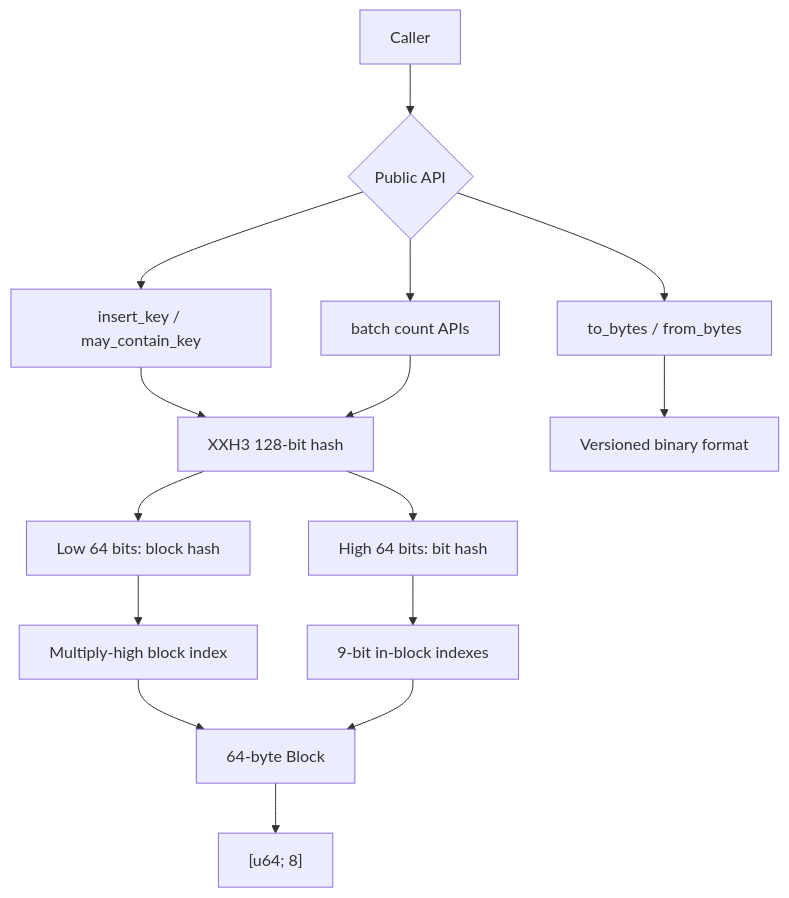
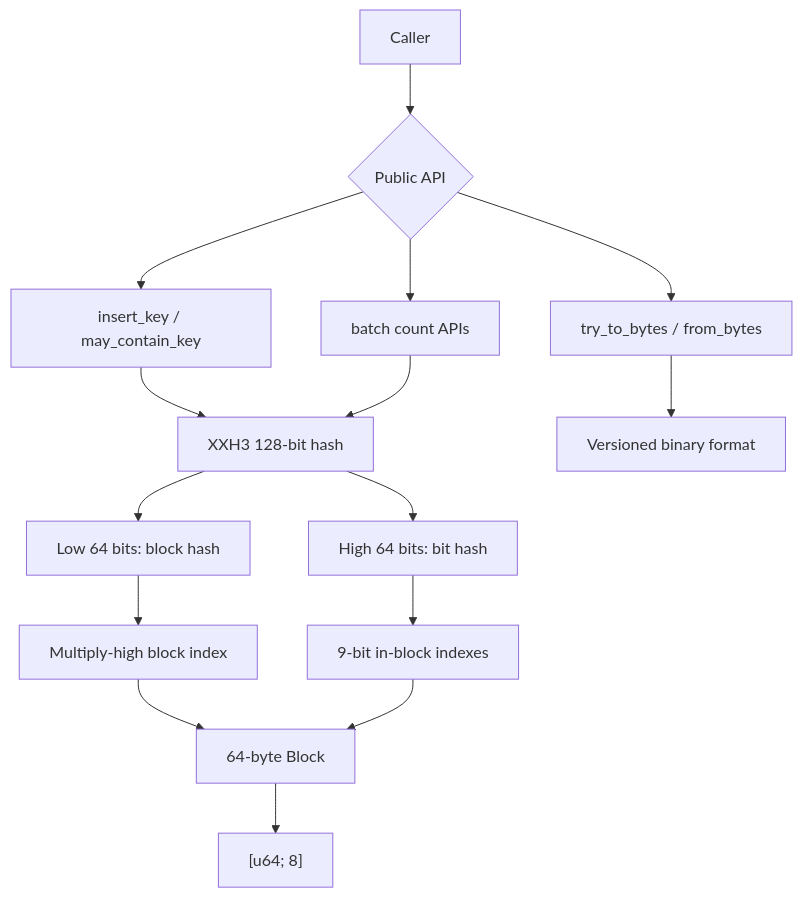
One commit to Aditya-1304/bloom-bloom changed the second of 8 diagrams in README.md. Above: the diagram before and after it, drawn with Mermaid. The commit also changed other lines of this file and 2 other files, not shown here.

````diff
--- a/README.md
+++ b/README.md
@@ -53,22 +53,22 @@
 ```mermaid
 flowchart TD
     A[Caller] --> B{Public API}
     B --> C[insert_key / may_contain_key]
     B --> D[batch count APIs]
-    B --> E[to_bytes / from_bytes]
+    B --> E[try_to_bytes / from_bytes]
 
     C --> F[XXH3 128-bit hash]
     D --> F
 
     F --> G[Low 64 bits: block hash]
     F --> H[High 64 bits: bit hash]
 
     G --> I[Multiply-high block index]
     H --> J[9-bit in-block indexes]
 
     I --> K[64-byte Block]
     J --> K
 
     K --> L["[u64; 8]"]
     E --> M[Versioned binary format]
 ```
````
